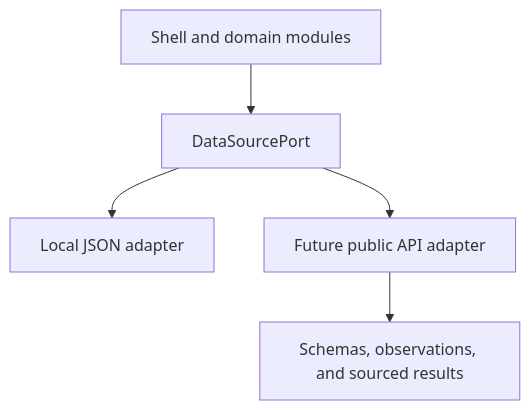
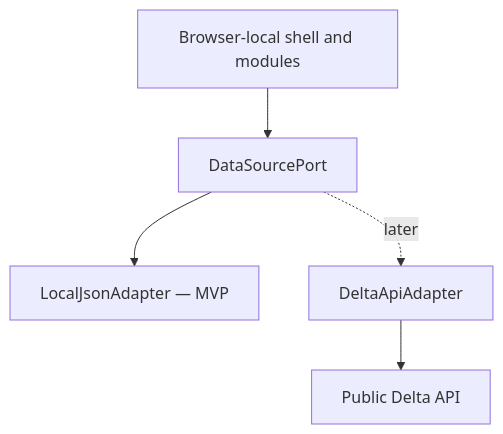
Before and after one commit to chartjs333/delta: the first of 2 diagrams in specs/admin-ui/architecture.md, drawn with Mermaid. The commit also changed other lines of this file and 16 other files, not shown here.

Commit message:
docs(spec): separate schema authorities and harden local MVP [T004]

````diff
--- a/specs/admin-ui/architecture.md
+++ b/specs/admin-ui/architecture.md
@@ -7,7 +7,7 @@
 ```mermaid
 flowchart TD
-    A["Shell and domain modules"] --> B["DataSourcePort"]
-    B --> C["Local JSON adapter"]
-    B --> D["Future public API adapter"]
-    D --> E["Schemas, observations, and sourced results"]
+    A["Browser-local shell and modules"] --> B["DataSourcePort"]
+    B --> C["LocalJsonAdapter — MVP"]
+    B -. later .-> D["DeltaApiAdapter"]
+    D --> E["Public Delta API"]
 ```
````
